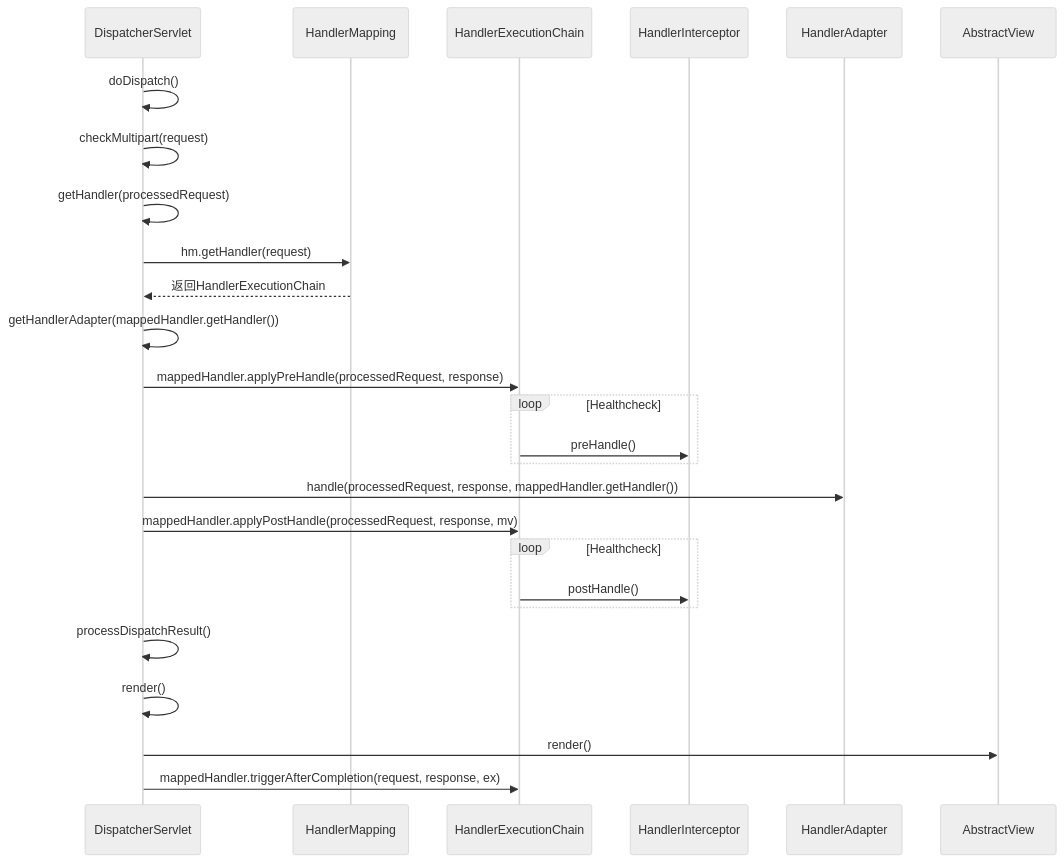
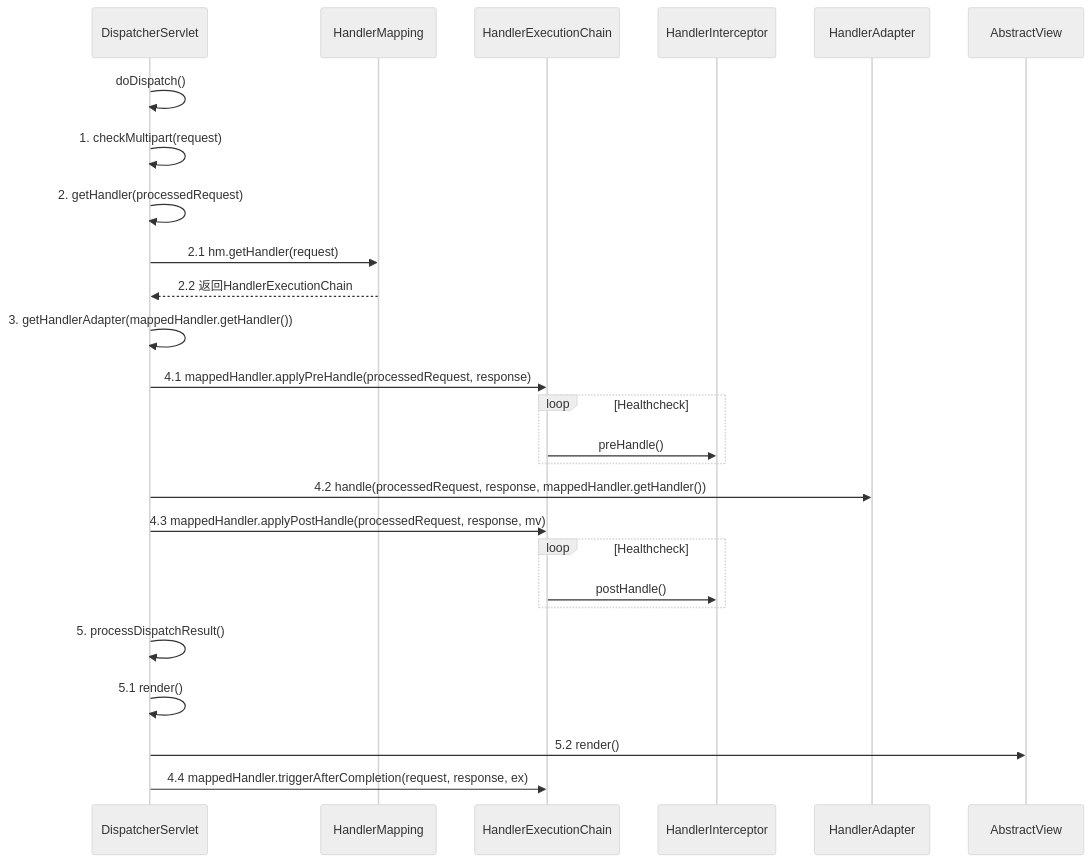
The fourth of 4 diagrams in 20-framework/src/spring/springmvc/DispatcherServlet.md (onlyonion/development), drawn with Mermaid (neutral theme) before and after one commit. The commit also changed other lines of this file and 28 other files, not shown here.

````diff
--- a/20-framework/src/spring/springmvc/DispatcherServlet.md
+++ b/20-framework/src/spring/springmvc/DispatcherServlet.md
@@ -135,38 +149,39 @@
 ```mermaid
 sequenceDiagram
 	DispatcherServlet ->> DispatcherServlet: doDispatch()
-	DispatcherServlet ->> DispatcherServlet: checkMultipart(request)
+	%% 1. 媒体类型检查
+	DispatcherServlet ->> DispatcherServlet: 1. checkMultipart(request)
 
-	%% 1. 获取请求处理器
+	%% 2. 获取请求处理器
 	%% 一般每一个handlerMapping可以持有一系列从URL请求到Controller的映射，而Spring MVC提供了一系列的HandlerMapping实现。
-	DispatcherServlet ->> DispatcherServlet: getHandler(processedRequest)
-	DispatcherServlet ->> HandlerMapping: hm.getHandler(request)
-	HandlerMapping -->> DispatcherServlet: 返回HandlerExecutionChain
+	DispatcherServlet ->> DispatcherServlet: 2. getHandler(processedRequest)
+	DispatcherServlet ->> HandlerMapping: 2.1 hm.getHandler(request)
+	HandlerMapping -->> DispatcherServlet: 2.2 返回HandlerExecutionChain
 
-	%% 2. 获取处理器适配器
-	DispatcherServlet ->> DispatcherServlet: getHandlerAdapter(mappedHandler.getHandler())
+	%% 3. 获取处理器适配器
+	DispatcherServlet ->> DispatcherServlet: 3. getHandlerAdapter(mappedHandler.getHandler())
 
-	%% 3.1 拦截器链，前置处理
-	DispatcherServlet ->> HandlerExecutionChain: mappedHandler.applyPreHandle(processedRequest, response)
+	%% 4.1 拦截器链，前置处理
+	DispatcherServlet ->> HandlerExecutionChain:4.1 mappedHandler.applyPreHandle(processedRequest, response)
 	loop Healthcheck
 		HandlerExecutionChain ->> HandlerInterceptor: preHandle()
     end
 
-	%% 3.2 处理器适配器处理请求
-	DispatcherServlet ->> HandlerAdapter: handle(processedRequest, response, mappedHandler.getHandler())
+	%% 4.2 处理器适配器处理请求
+	DispatcherServlet ->> HandlerAdapter: 4.2 handle(processedRequest, response, mappedHandler.getHandler())
 
-	%% 3.3 拦截器链，后置处理
-	DispatcherServlet ->> HandlerExecutionChain: mappedHandler.applyPostHandle(processedRequest, response, mv)
+	%% 4.3 拦截器链，后置处理
+	DispatcherServlet ->> HandlerExecutionChain: 4.3 mappedHandler.applyPostHandle(processedRequest, response, mv)
 	loop Healthcheck
 		HandlerExecutionChain ->> HandlerInterceptor: postHandle()
     end
 
-	%% 4. 处理分发的结果，视图解析
-	DispatcherServlet ->> DispatcherServlet: processDispatchResult()
-	DispatcherServlet ->> DispatcherServlet: render()
-	DispatcherServlet ->> AbstractView: render()
+	%% 5. 处理分发的结果，视图解析
+	DispatcherServlet ->> DispatcherServlet: 5. processDispatchResult()
+	DispatcherServlet ->> DispatcherServlet: 5.1 render()
+	DispatcherServlet ->> AbstractView: 5.2 render()
 
-	%% 3.4 拦截器链，完成处理
-	DispatcherServlet ->> HandlerExecutionChain: mappedHandler.triggerAfterCompletion(request, response, ex)
+	%% 4.4 拦截器链，完成处理
+	DispatcherServlet ->> HandlerExecutionChain: 4.4 mappedHandler.triggerAfterCompletion(request, response, ex)
 	
 ```
````
